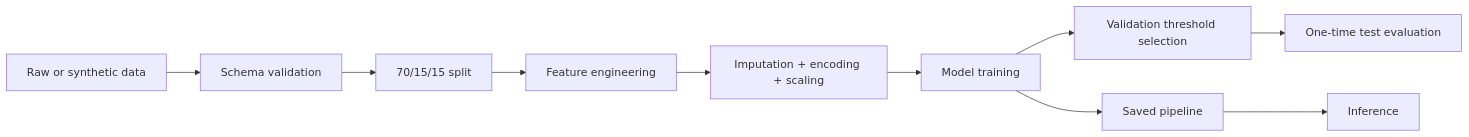
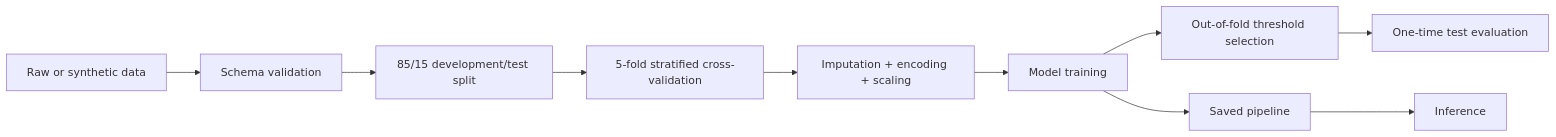
The diagram in README.md (MTuro/Fraud-Detection), drawn with Mermaid before and after one commit. The commit also changed other lines of this file and 17 other files, not shown here.

Commit message:
feat: evaluate noisier synthetic data with cross-validation

````diff
--- a/README.md
+++ b/README.md
@@ -19,12 +19,12 @@
 ```mermaid
 flowchart LR
     A[Raw or synthetic data] --> B[Schema validation]
-    B --> C[70/15/15 split]
-    C --> D[Feature engineering]
+    B --> C[85/15 development/test split]
+    C --> D[5-fold stratified cross-validation]
     D --> E[Imputation + encoding + scaling]
     E --> F[Model training]
-    F --> G[Validation threshold selection]
+    F --> G[Out-of-fold threshold selection]
     G --> H[One-time test evaluation]
     F --> I[Saved pipeline]
     I --> J[Inference]
 ```
````
